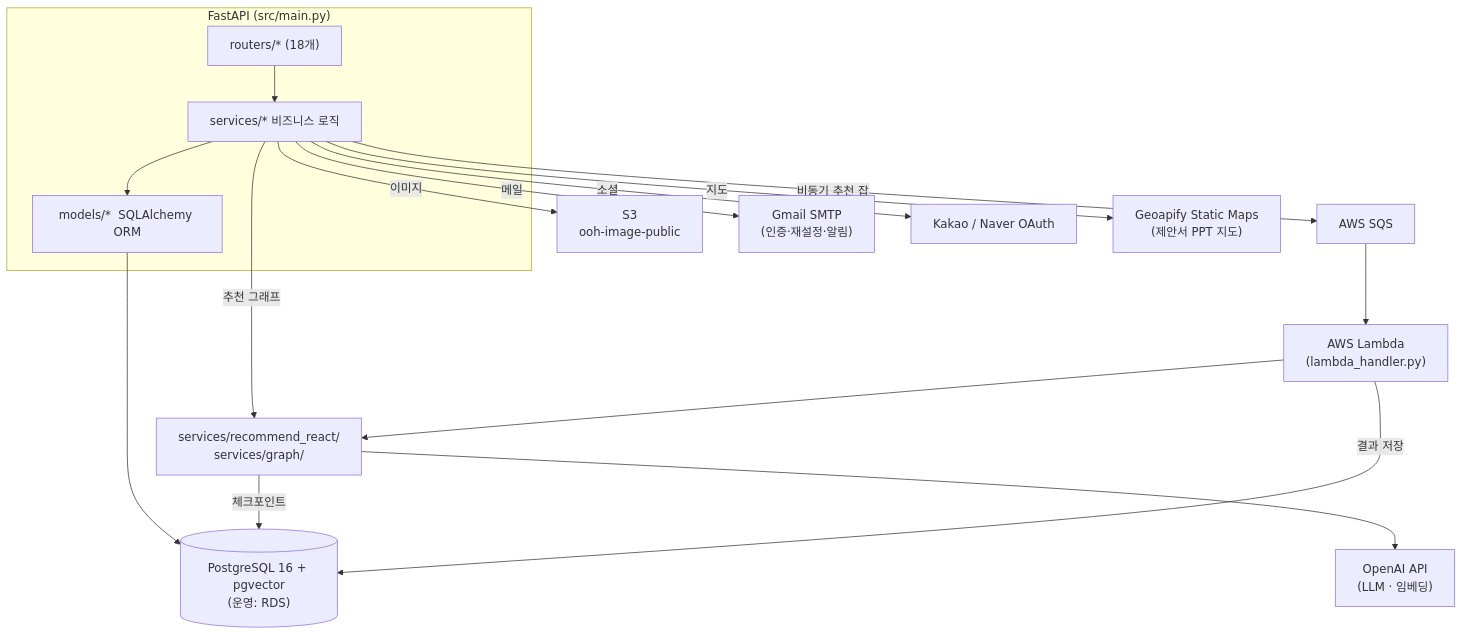
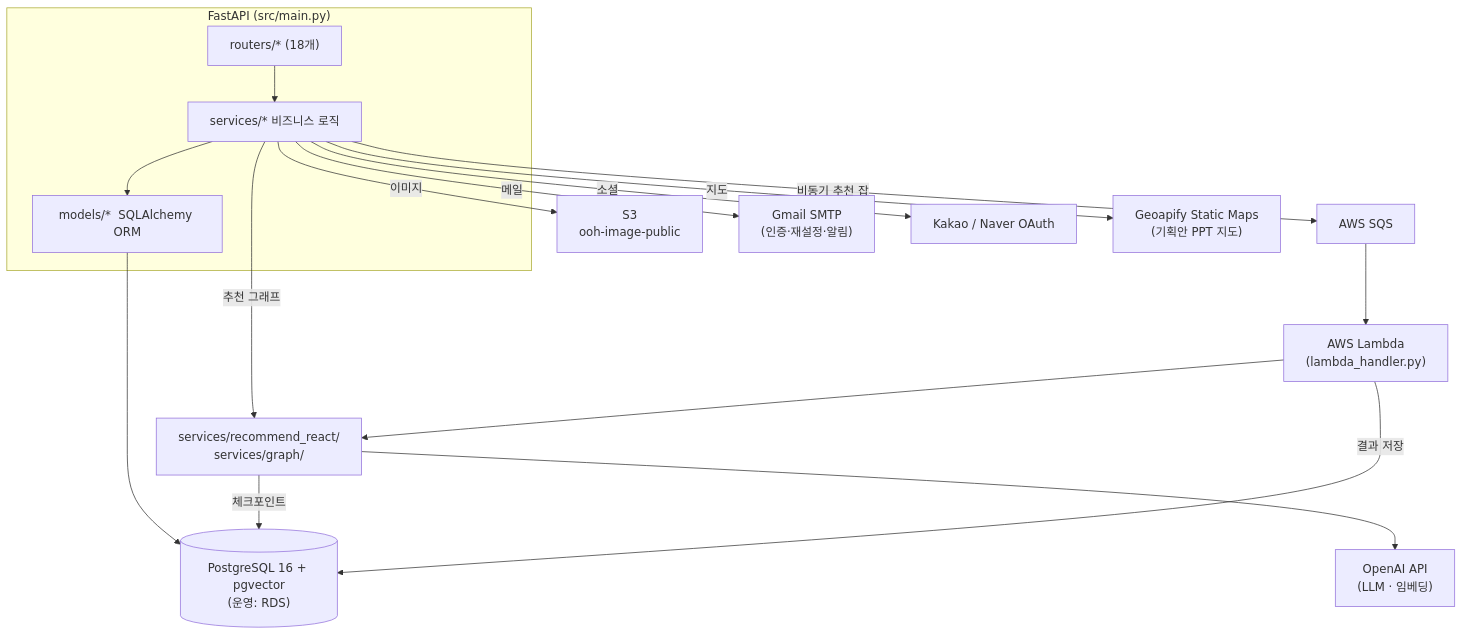
The diagram in backend/README.md (azzaraq-creator/admix), drawn with Mermaid before and after one commit. The commit also changed other lines of this file and 98 other files, not shown here.

First line of the commit message:
refactor: 서비스 용어 '제안서'를 '기획안'으로 변경

````diff
--- a/backend/README.md
+++ b/backend/README.md
@@ -24,18 +24,18 @@
 ```mermaid
 flowchart TD
     subgraph API["FastAPI (src/main.py)"]
         R["routers/*  (18개)"] --> S["services/*  비즈니스 로직"]
         S --> M["models/*  SQLAlchemy ORM"]
     end
     M --> DB[("PostgreSQL 16 + pgvector<br/>(운영: RDS)")]
     S -->|추천 그래프| GRAPH["services/recommend_react/<br/>services/graph/"]
     GRAPH --> OAI["OpenAI API<br/>(LLM · 임베딩)"]
     GRAPH -->|체크포인트| DB
     S -->|비동기 추천 잡| SQS["AWS SQS"] --> LAMBDA["AWS Lambda<br/>(lambda_handler.py)"]
     LAMBDA --> GRAPH
     LAMBDA -->|결과 저장| DB
     S -->|이미지| S3["S3<br/>ooh-image-public"]
     S -->|메일| SMTP["Gmail SMTP<br/>(인증·재설정·알림)"]
     S -->|소셜| OAUTH["Kakao / Naver OAuth"]
-    S -->|지도| GEO["Geoapify Static Maps<br/>(제안서 PPT 지도)"]
+    S -->|지도| GEO["Geoapify Static Maps<br/>(기획안 PPT 지도)"]
 ```
````
